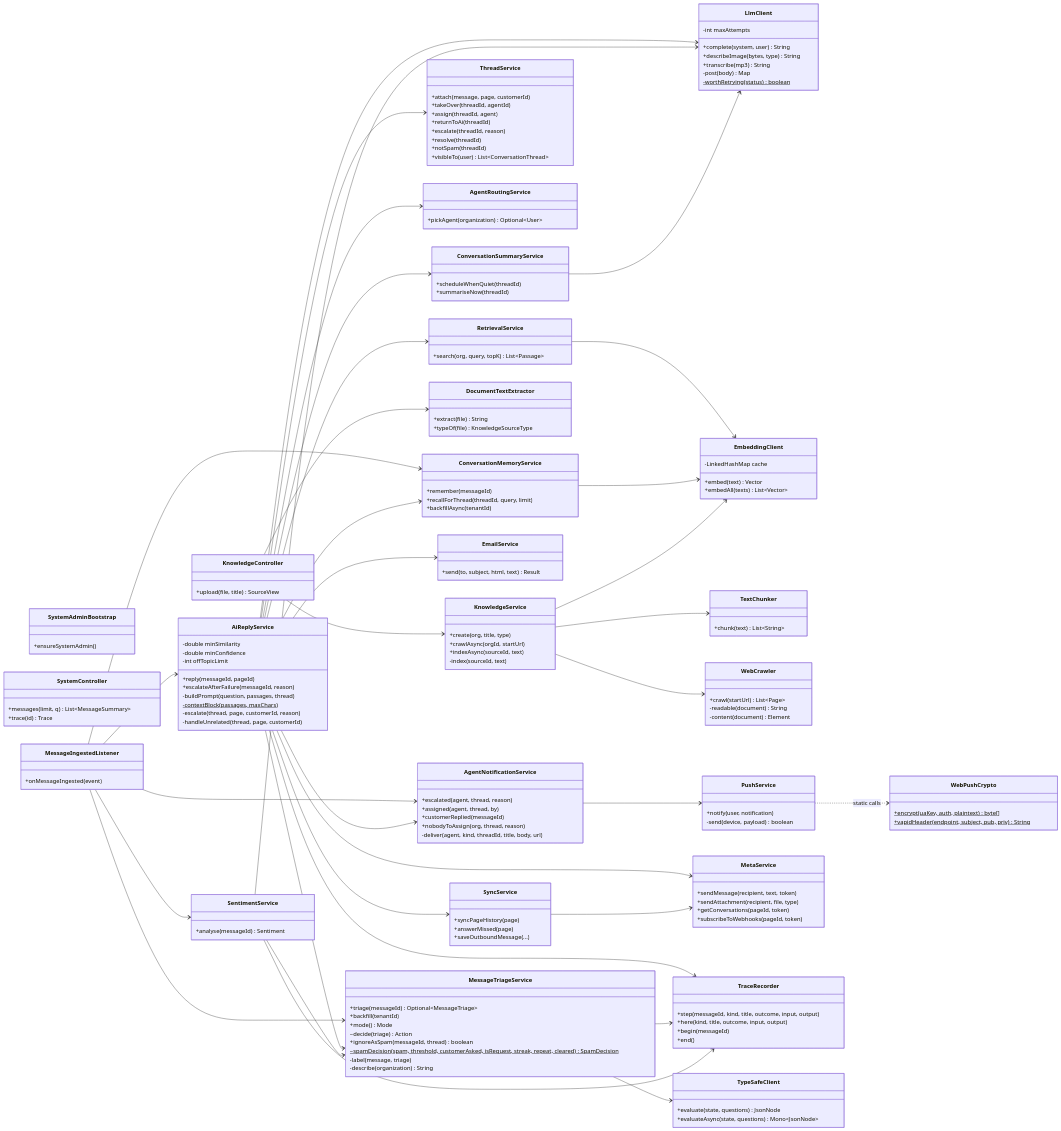
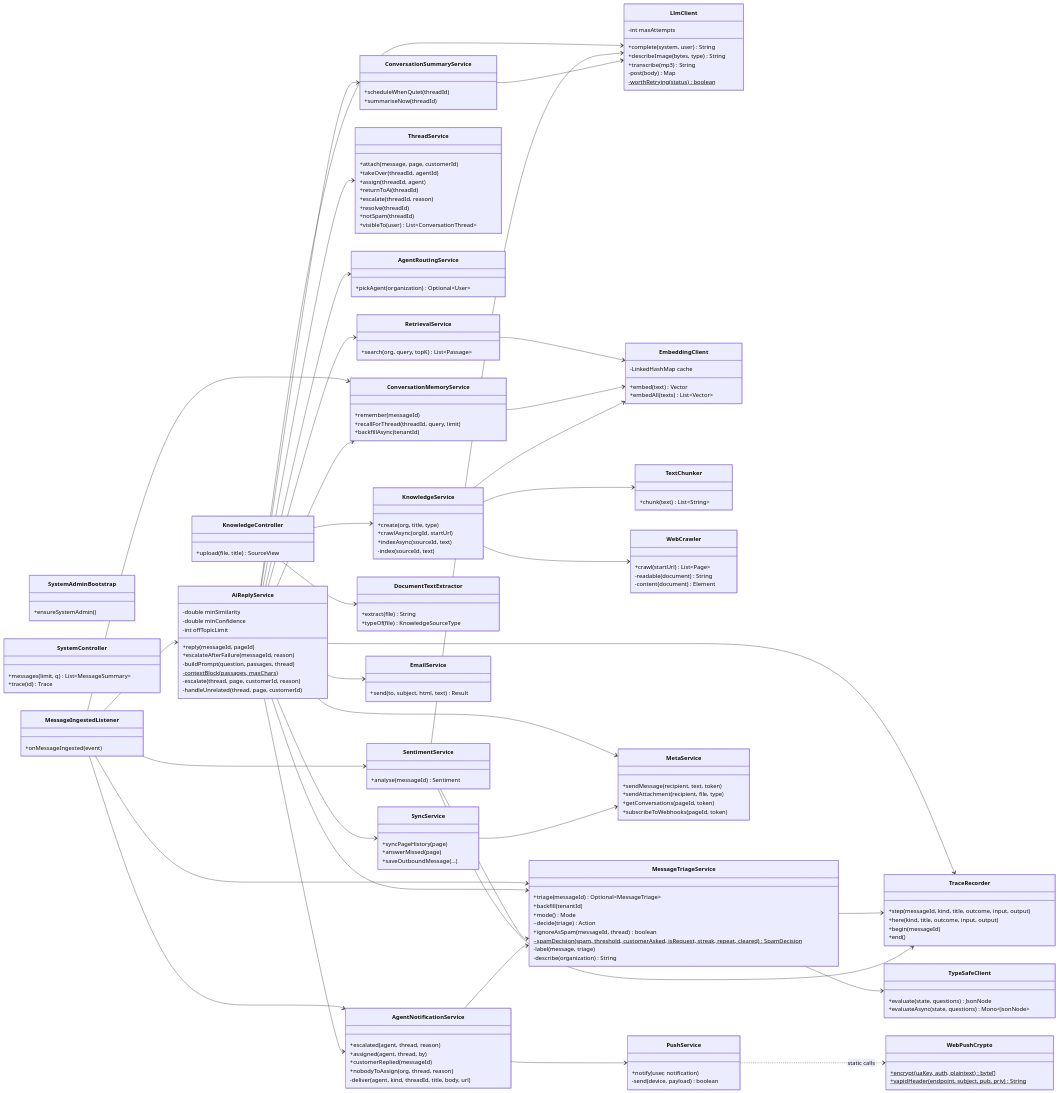
One commit to SayubShakya/eksamadhan-ai changed the second of 2 diagrams in docs/system-design/new-system-design/class-diagram/README.md. Above: the diagram before and after it, drawn with Mermaid. The commit also changed 11 other files, not shown here.

```diff
--- a/docs/system-design/new-system-design/class-diagram/README.md
+++ b/docs/system-design/new-system-design/class-diagram/README.md
@@ -450,6 +450,7 @@
     AiReplyService --> RetrievalService
     AiReplyService --> MessageTriageService
     SentimentService --> MessageTriageService
+    AgentNotificationService --> MessageTriageService
     MessageTriageService --> TypeSafeClient
     AiReplyService --> TraceRecorder
     MessageTriageService --> TraceRecorder
```
